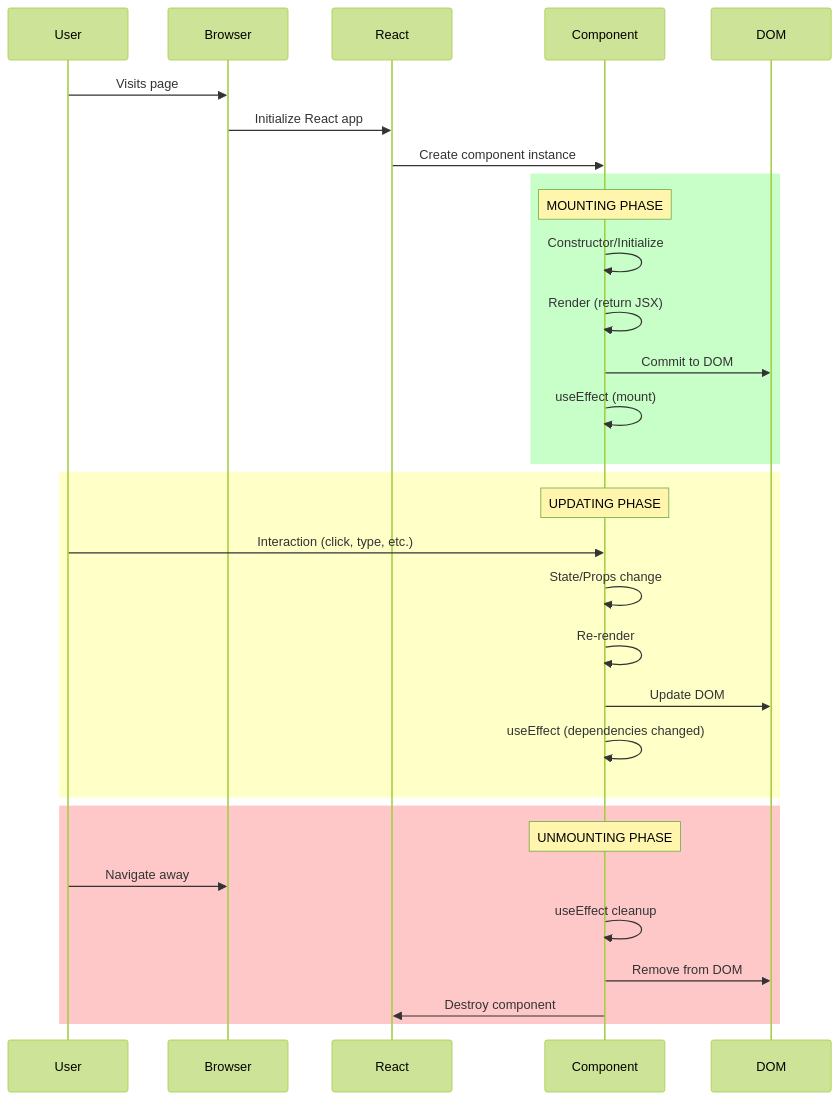
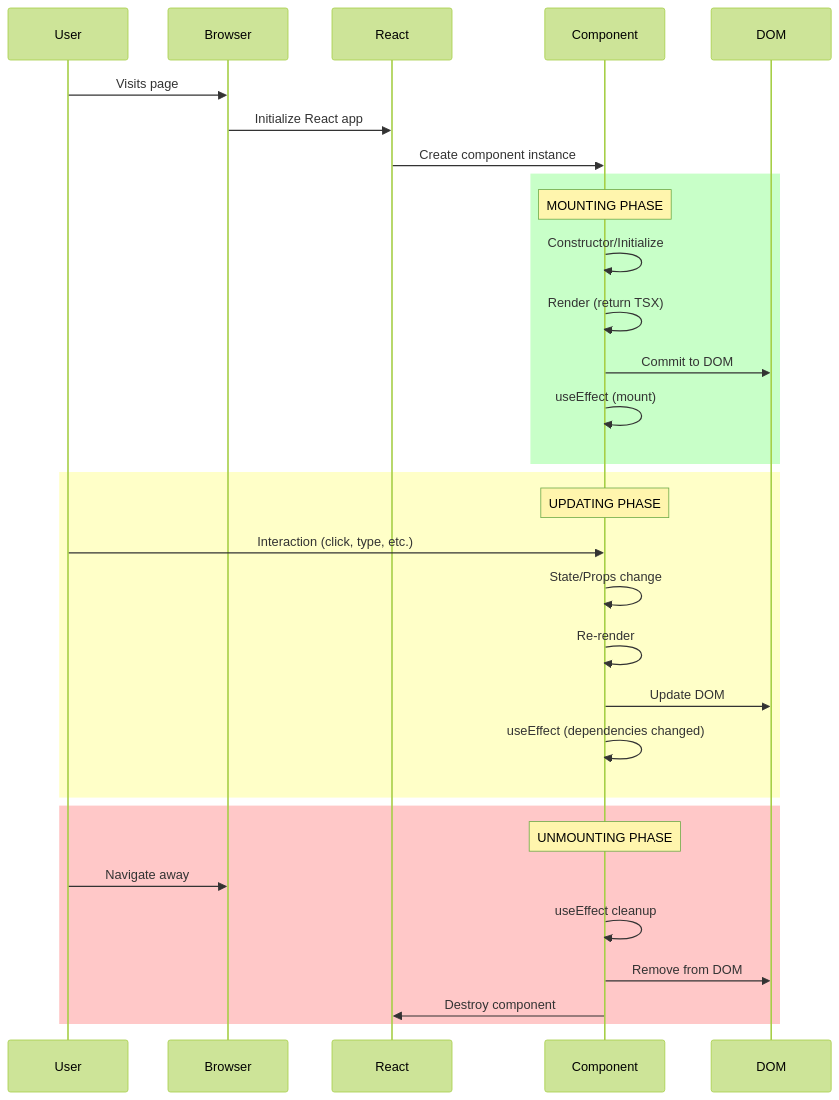
The first of 12 diagrams in diagrams/component_lifecycle.md (longndt/react-course), drawn with Mermaid (forest theme) before and after one commit. The commit also changed other lines of this file and 143 other files, not shown here.

````diff
--- a/diagrams/component_lifecycle.md
+++ b/diagrams/component_lifecycle.md
@@ -5,37 +5,37 @@
 ```mermaid
 sequenceDiagram
     participant User
     participant Browser
     participant React
     participant Component
     participant DOM
 
     User->>Browser: Visits page
     Browser->>React: Initialize React app
     React->>Component: Create component instance
 
     rect rgb(200, 255, 200)
         Note over Component: MOUNTING PHASE
         Component->>Component: Constructor/Initialize
-        Component->>Component: Render (return JSX)
+        Component->>Component: Render (return TSX)
         Component->>DOM: Commit to DOM
         Component->>Component: useEffect (mount)
     end
 
     rect rgb(255, 255, 200)
         Note over Component: UPDATING PHASE
         User->>Component: Interaction (click, type, etc.)
         Component->>Component: State/Props change
         Component->>Component: Re-render
         Component->>DOM: Update DOM
         Component->>Component: useEffect (dependencies changed)
     end
 
     rect rgb(255, 200, 200)
         Note over Component: UNMOUNTING PHASE
         User->>Browser: Navigate away
         Component->>Component: useEffect cleanup
         Component->>DOM: Remove from DOM
         Component->>React: Destroy component
     end
 ```
````
